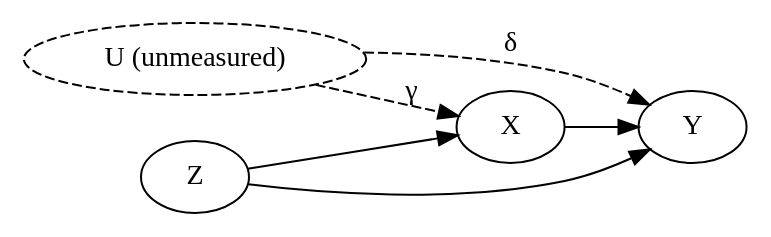
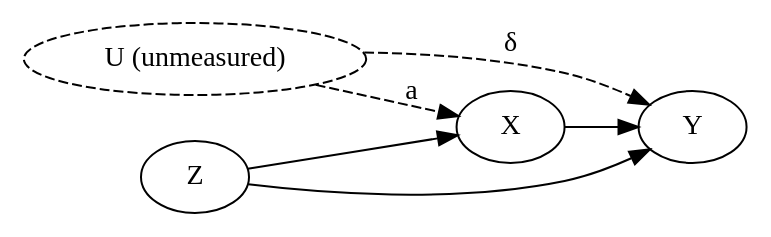
The second of 2 diagrams in docs/examples/04-identification/sensitivity.qmd (pymc-labs/pathmc), drawn with Graphviz before and after one commit. The commit also changed other lines of this file and 5 other files, not shown here.

First line of the commit message:
docs: label the sensitivity x-axis with the auxiliary-regression gamma

````diff
--- a/docs/examples/04-identification/sensitivity.qmd
+++ b/docs/examples/04-identification/sensitivity.qmd
@@ -87,14 +87,14 @@
 ```{dot}
 //| label: fig-dag-unmeasured
-//| fig-cap: "Hypothetical DAG with pre-treatment unmeasured confounder U (dashed). The arrow labels illustrate the two confounding relationships; their strengths must be calibrated to the bias scale described below before interpreting γ × δ as bias."
+//| fig-cap: "Hypothetical DAG with pre-treatment unmeasured confounder U (dashed). The dashed arrows show the forward effects a and δ; γ in γ × δ is the auxiliary-regression coefficient defined below, not a."
 //| fig-width: 4
 digraph {
   rankdir=LR
   U [style=dashed, label="U (unmeasured)"]
   Z -> X
   Z -> Y
   X -> Y
-  U -> X [label="γ", style=dashed]
+  U -> X [label="a", style=dashed]
   U -> Y [label="δ", style=dashed]
 }
 ```
````
